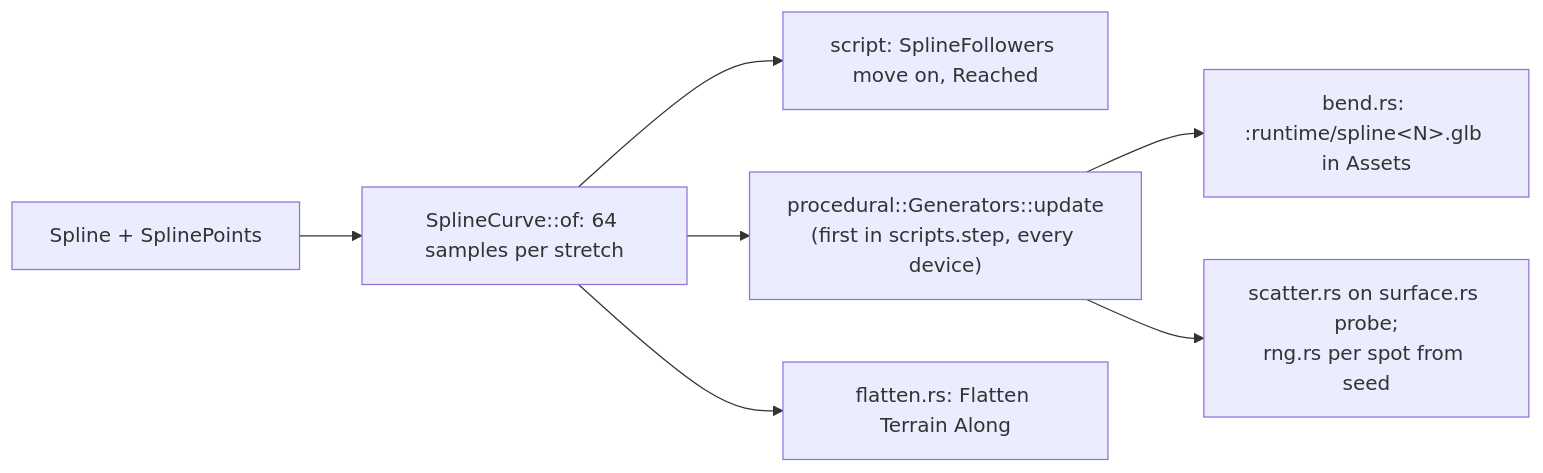
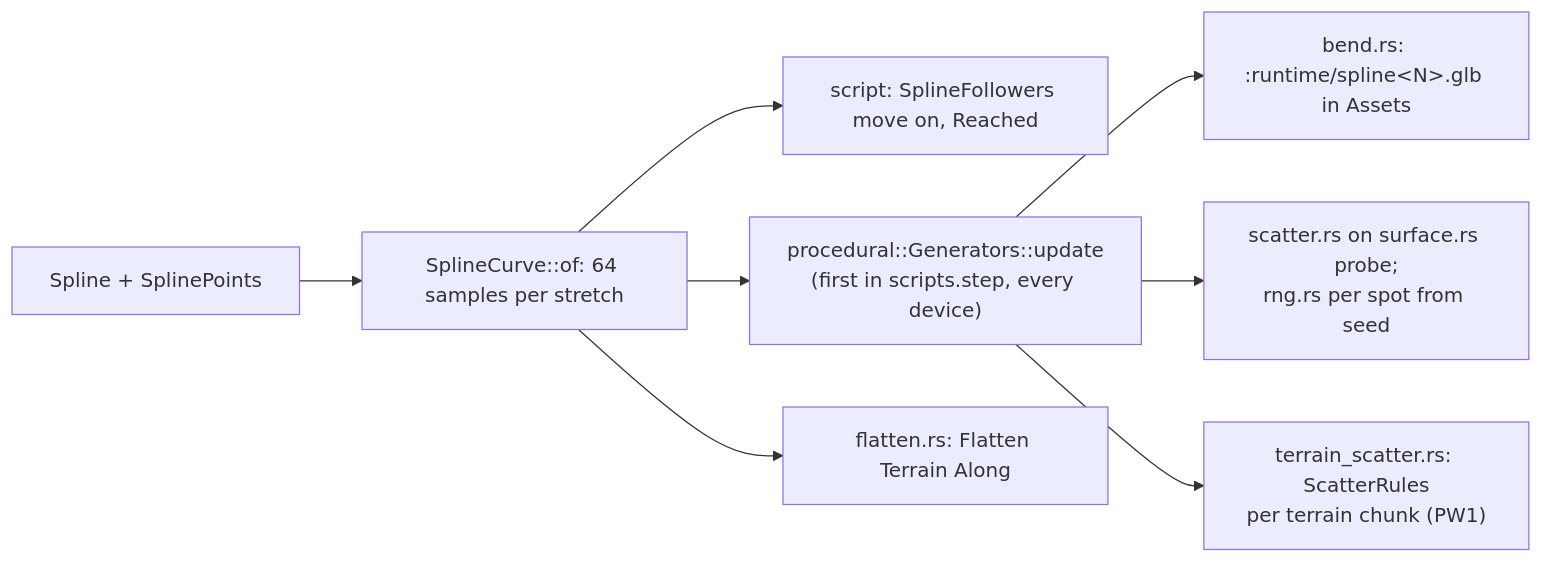
The diagram in wiki/Engine-Systems/Splines-and-Procedural.md (MrBearson321/Axcenity-Engine), drawn with Mermaid before and after one commit. The commit also changed other lines of this file and 33 other files, not shown here.

First line of the commit message:
Scatter rules: place foliage over a terrain by rules (PW1)

````diff
--- a/wiki/Engine-Systems/Splines-and-Procedural.md
+++ b/wiki/Engine-Systems/Splines-and-Procedural.md
@@ -21,9 +21,10 @@
 ```mermaid
 flowchart LR
   SP[Spline + SplinePoints] --> C[SplineCurve::of: 64 samples per stretch]
   C --> FOL[script: SplineFollowers move on, Reached]
   C --> GEN["procedural::Generators::update<br/>(first in scripts.step, every device)"]
   GEN --> BM["bend.rs: :runtime/spline&lt;N&gt;.glb in Assets"]
   GEN --> SC["scatter.rs on surface.rs probe;<br/>rng.rs per spot from seed"]
   C --> FL[flatten.rs: Flatten Terrain Along]
+  GEN --> TSC["terrain_scatter.rs: ScatterRules<br/>per terrain chunk (PW1)"]
 ```
````
